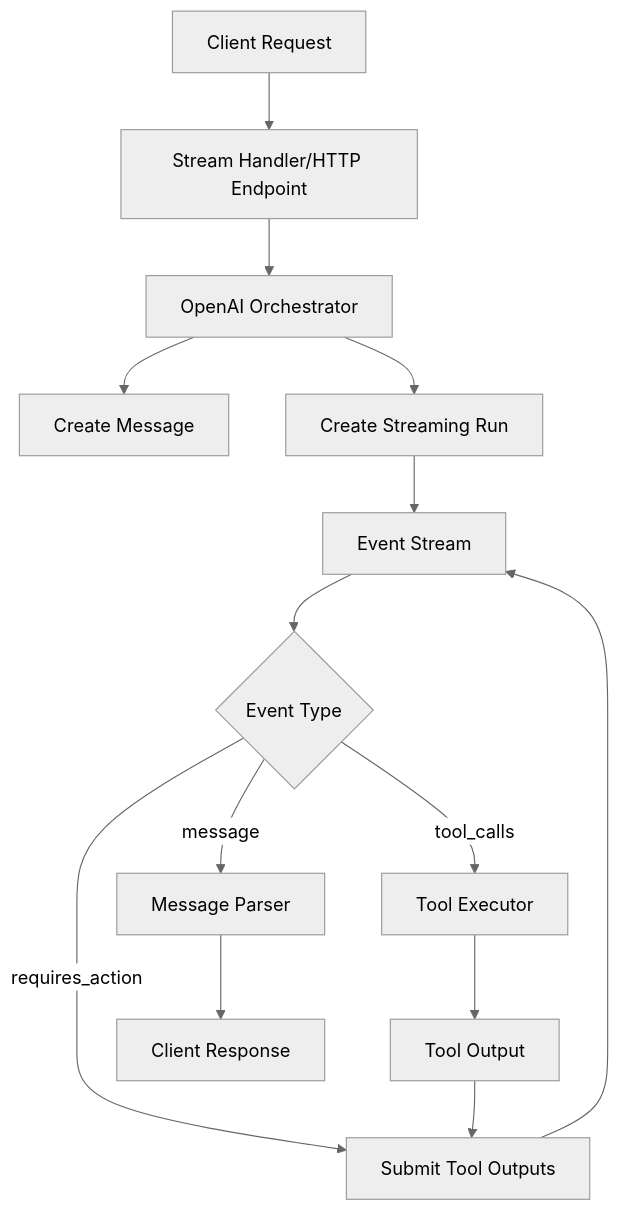
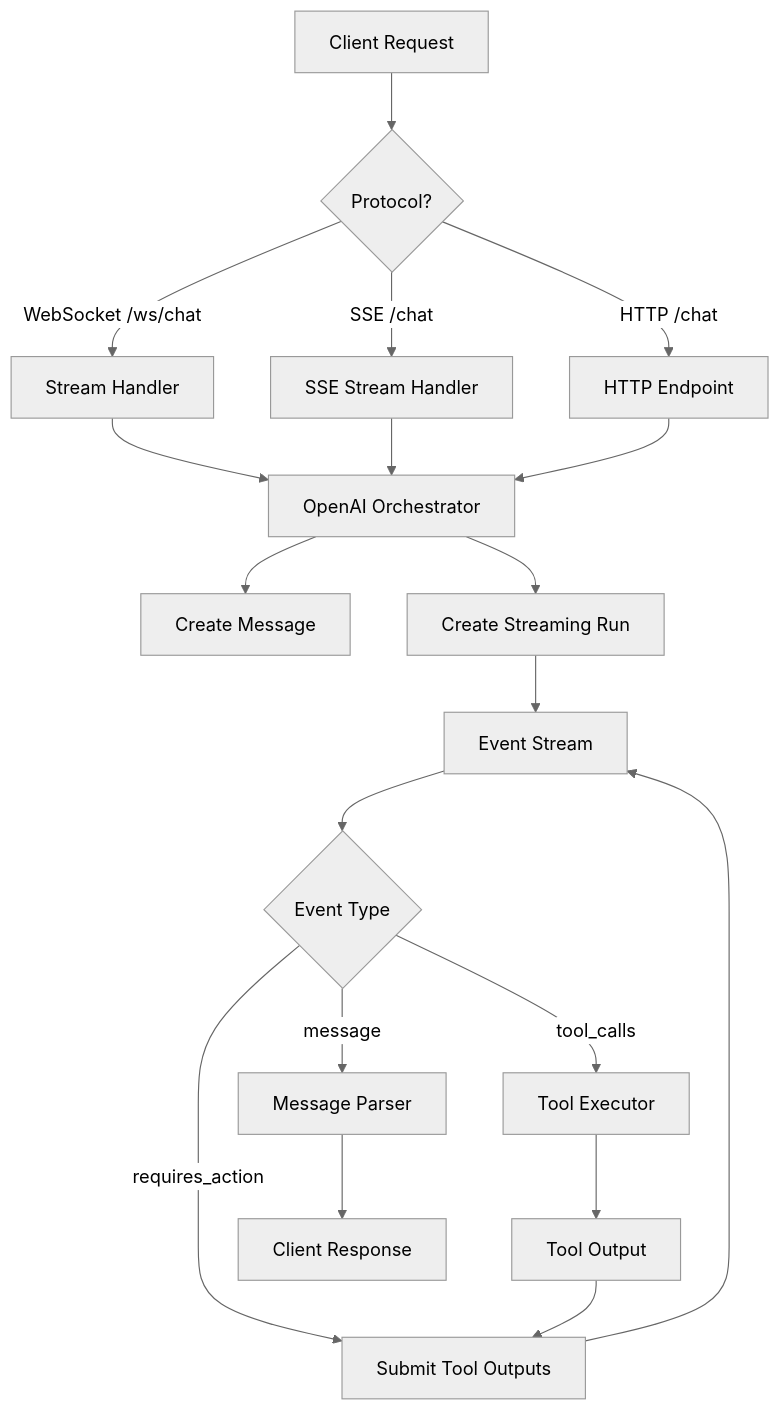
One commit to ai-enhanced-engineer/assistant-service changed the diagram in assistant_service/services/README.md. Above: the diagram before and after it, drawn with Mermaid (neutral theme). The commit also changed other lines of this file and 2 other files, not shown here.

````diff
--- a/assistant_service/services/README.md
+++ b/assistant_service/services/README.md
@@ -156,16 +190,21 @@
 ```mermaid
 graph TD
-    A[Client Request] --> B[Stream Handler/HTTP Endpoint]
-    B --> C[OpenAI Orchestrator]
-    C --> D[Create Message]
-    C --> E[Create Streaming Run]
-    E --> F[Event Stream]
-    F --> G{Event Type}
-    G -->|tool_calls| H[Tool Executor]
-    G -->|message| I[Message Parser]
-    G -->|requires_action| J[Submit Tool Outputs]
-    H --> K[Tool Output]
-    K --> J
-    J --> F
-    I --> L[Client Response]
+    A[Client Request] --> B{Protocol?}
+    B -->|WebSocket /ws/chat| C[Stream Handler]
+    B -->|SSE /chat| D[SSE Stream Handler]
+    B -->|HTTP /chat| E[HTTP Endpoint]
+    C --> F[OpenAI Orchestrator]
+    D --> F
+    E --> F
+    F --> G[Create Message]
+    F --> H[Create Streaming Run]
+    H --> I[Event Stream]
+    I --> J{Event Type}
+    J -->|tool_calls| K[Tool Executor]
+    J -->|message| L[Message Parser]
+    J -->|requires_action| M[Submit Tool Outputs]
+    K --> N[Tool Output]
+    N --> M
+    M --> I
+    L --> O[Client Response]
 ```
````
